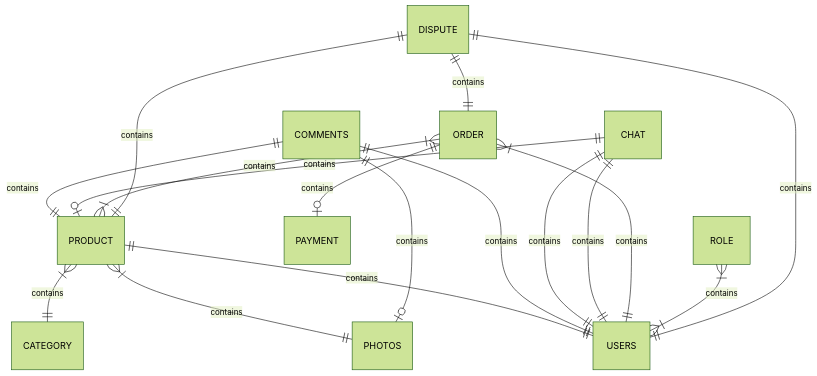
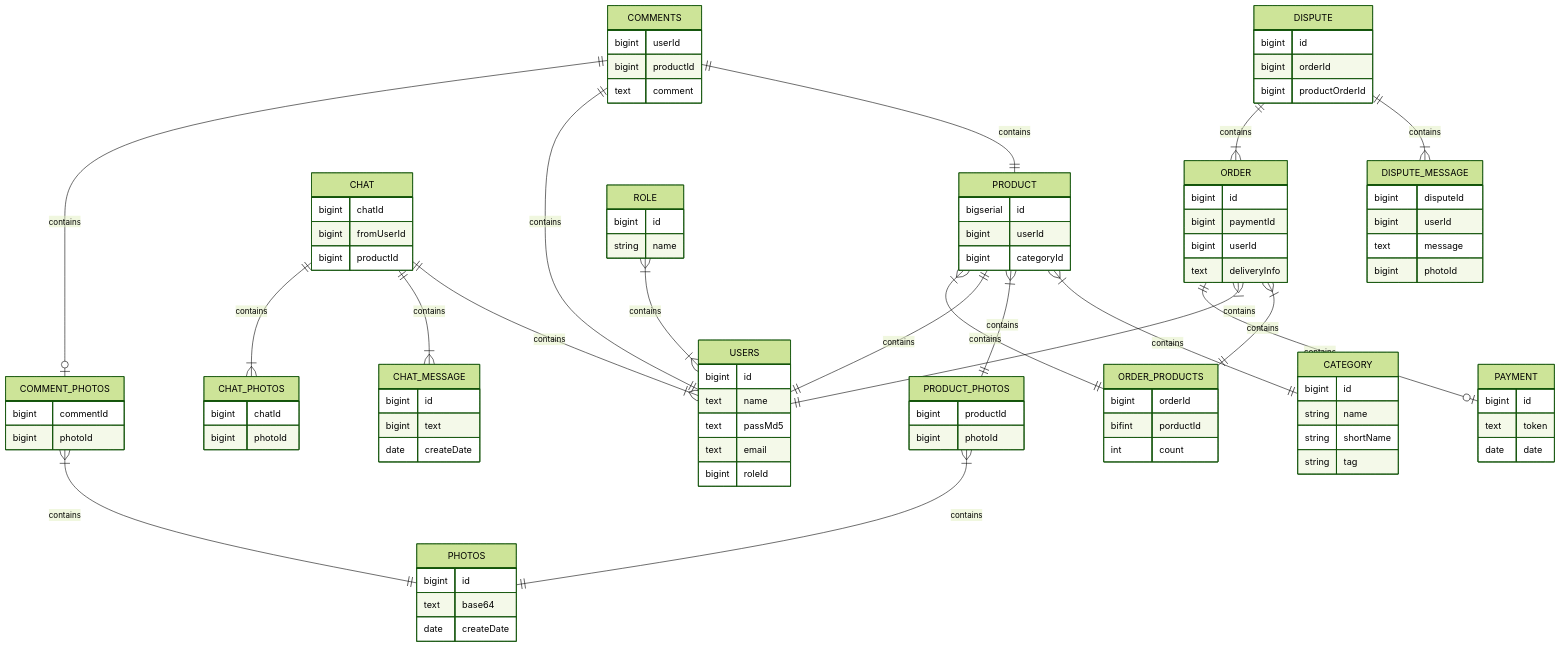
One commit to danila0sukhnyak/hps-store changed the diagram in README.md. Above: the diagram before and after it, drawn with Mermaid (forest theme).

````diff
--- a/README.md
+++ b/README.md
@@ -3,24 +3,122 @@
 ```mermaid
     erDiagram
     PRODUCT }|--|| CATEGORY:  contains
-    PRODUCT }|--|| PHOTOS:  contains
+    PRODUCT }|--|| PRODUCT_PHOTOS:  contains
     PRODUCT ||--|| USERS: contains
+    PRODUCT }|--|| ORDER_PRODUCTS: contains
+    
+    PRODUCT_PHOTOS }|--|| PHOTOS:  contains
+    COMMENT_PHOTOS }|--|| PHOTOS:  contains
 
     COMMENTS ||--|| PRODUCT: contains
     COMMENTS ||--|| USERS: contains
-    COMMENTS ||--O| PHOTOS: contains
+    COMMENTS ||--O| COMMENT_PHOTOS: contains
     
-    CHAT ||--|| USERS: contains
-    CHAT ||--|| USERS: contains
-    CHAT ||--O| PRODUCT: contains
+    CHAT ||--|{ USERS: contains
+    CHAT ||--|{ CHAT_MESSAGE: contains
+    CHAT ||--|{ CHAT_PHOTOS: contains
     
-    ORDER }|--|{ PRODUCT: contains
+    ORDER }|--|| ORDER_PRODUCTS: contains
     ORDER }|--|| USERS: contains
     ORDER ||--O| PAYMENT: contains
     
     ROLE }|--|{ USERS: contains
     
-    DISPUTE ||--|| ORDER: contains
-    DISPUTE ||--|| PRODUCT: contains
-    DISPUTE ||--|| USERS: contains
+    DISPUTE ||--|{ DISPUTE_MESSAGE: contains
+    DISPUTE ||--|{ ORDER: contains
+    
+    CATEGORY{
+        bigint id
+        string name
+        string shortName
+        string tag
+    }
+    
+    PRODUCT{
+        bigserial id
+        bigint userId
+        bigint categoryId
+    }
+    
+    PRODUCT_PHOTOS{
+        bigint productId
+        bigint photoId
+    }
+    COMMENT_PHOTOS{
+        bigint commentId
+        bigint photoId
+    }
+    
+    PHOTOS{
+        bigint id
+        text base64
+        date createDate
+    }
+    
+    ROLE{
+        bigint id
+        string name
+    }
+    
+    USERS{
+        bigint id
+        text name
+        text passMd5
+        text email
+        bigint roleId
+    }
+    
+    COMMENTS{
+        bigint userId
+        bigint productId
+        text comment
+    }
+    
+    CHAT{
+        bigint chatId
+        bigint fromUserId
+        bigint productId
+    }
+    CHAT_MESSAGE{
+        bigint id
+        bigint text
+        date createDate
+    }
+    CHAT_PHOTOS{
+        bigint chatId
+        bigint photoId
+    }
+    
+    DISPUTE{
+        bigint id
+        bigint orderId
+        bigint productOrderId
+    }
+    
+    DISPUTE_MESSAGE{
+        bigint disputeId
+        bigint userId
+        text message
+        bigint photoId
+    }
+    
+    ORDER{
+        bigint id
+        bigint paymentId
+        bigint userId
+        text deliveryInfo
+    }
+    
+    PAYMENT{
+        bigint id
+        text token
+        date date
+ 
+    }
+    
+    ORDER_PRODUCTS{
+        bigint orderId
+        bifint porductId
+        int count
+    }
 ```
````
